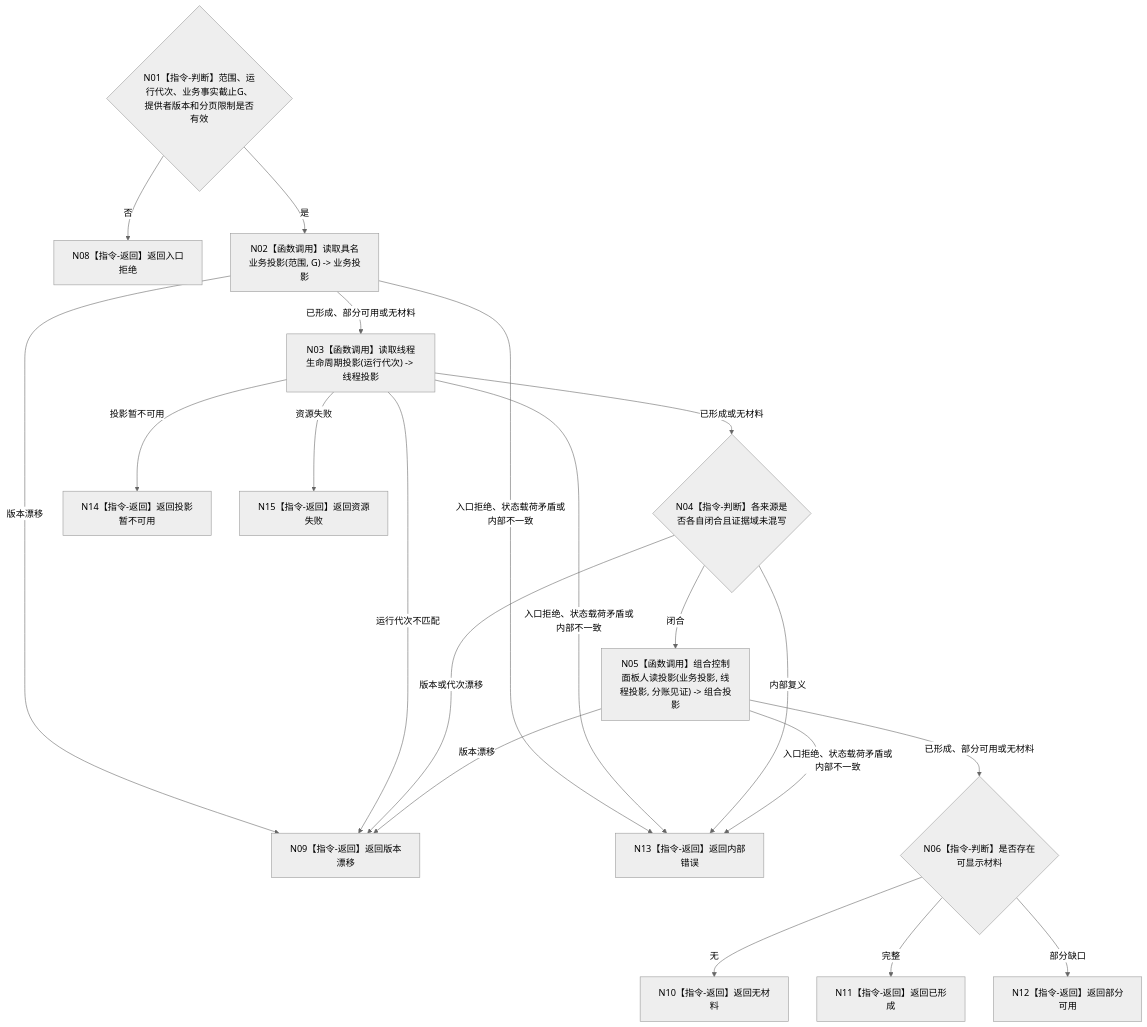
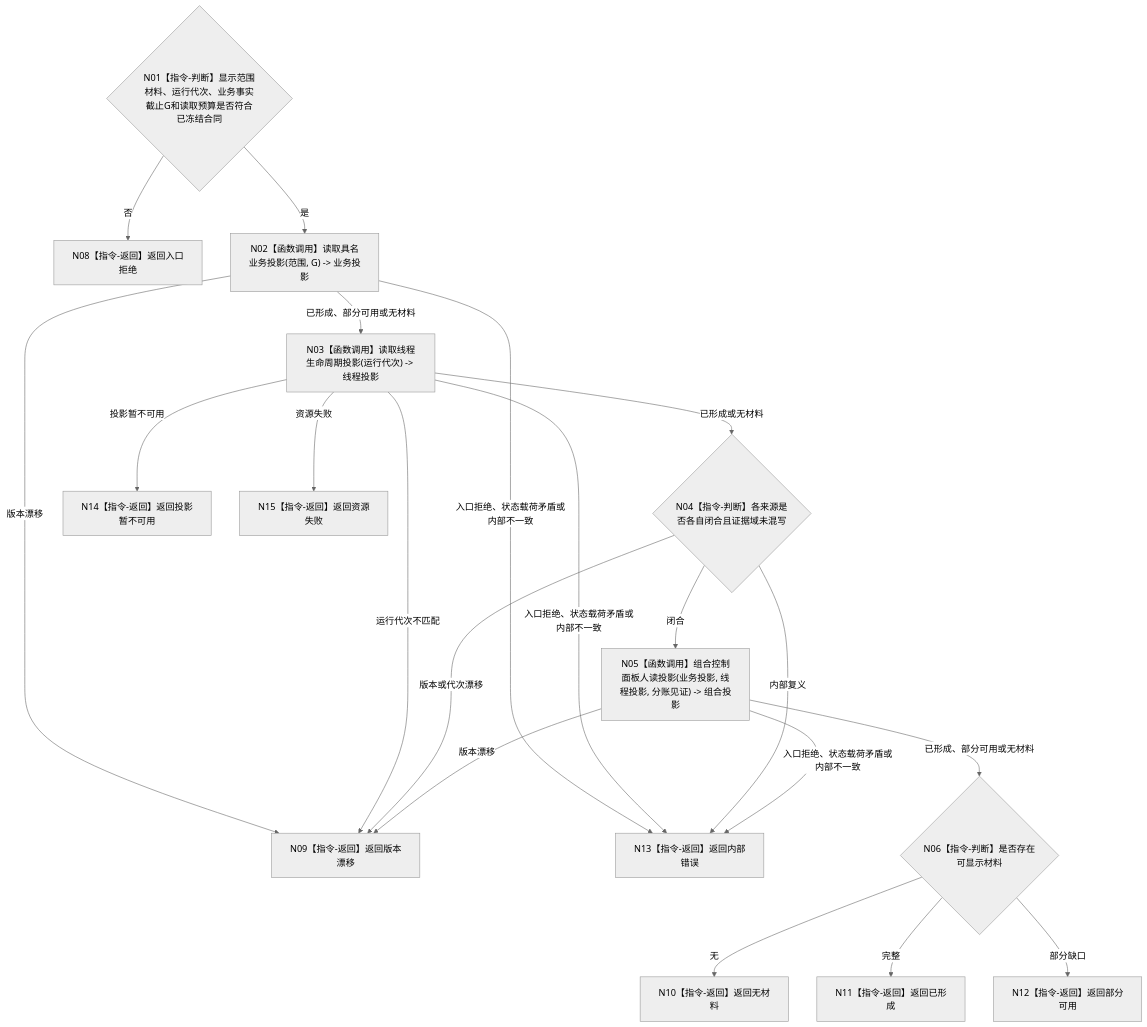
Before and after one commit to chunhaizh-cyber/HY-Ego: the diagram in 流程图/目标业务流程图/L2/BIZ-L2-005-03_读取控制面板只读投影_目标函数流程图_v0.2.md, drawn with Mermaid (neutral theme). The commit also changed other lines of this file and 19 other files, not shown here.

````diff
--- a/流程图/目标业务流程图/L2/BIZ-L2-005-03_读取控制面板只读投影_目标函数流程图_v0.2.md
+++ b/流程图/目标业务流程图/L2/BIZ-L2-005-03_读取控制面板只读投影_目标函数流程图_v0.2.md
@@ -30,22 +30,22 @@
 ```mermaid
 flowchart TD
-    N01{"N01【指令-判断】范围、运行代次、业务事实截止G、提供者版本和分页限制是否有效"} -->|否| N08["N08【指令-返回】返回入口拒绝"]
+    N01{"N01【指令-判断】显示范围材料、运行代次、业务事实截止G和读取预算是否符合已冻结合同"} -->|否| N08["N08【指令-返回】返回入口拒绝"]
     N01 -->|是| N02["N02【函数调用】读取具名业务投影(范围, G) -> 业务投影"]
     N02 -->|已形成、部分可用或无材料| N03["N03【函数调用】读取线程生命周期投影(运行代次) -> 线程投影"]
     N02 -->|版本漂移| N09["N09【指令-返回】返回版本漂移"]
     N02 -->|入口拒绝、状态载荷矛盾或内部不一致| N13["N13【指令-返回】返回内部错误"]
     N03 -->|已形成或无材料| N04{"N04【指令-判断】各来源是否各自闭合且证据域未混写"}
     N03 -->|运行代次不匹配| N09
     N03 -->|投影暂不可用| N14["N14【指令-返回】返回投影暂不可用"]
     N03 -->|资源失败| N15["N15【指令-返回】返回资源失败"]
     N03 -->|入口拒绝、状态载荷矛盾或内部不一致| N13
     N04 -->|版本或代次漂移| N09
     N04 -->|内部复义| N13
     N04 -->|闭合| N05["N05【函数调用】组合控制面板人读投影(业务投影, 线程投影, 分账见证) -> 组合投影"]
     N05 -->|已形成、部分可用或无材料| N06{"N06【指令-判断】是否存在可显示材料"}
     N05 -->|版本漂移| N09
     N05 -->|入口拒绝、状态载荷矛盾或内部不一致| N13
     N06 -->|无| N10["N10【指令-返回】返回无材料"]
     N06 -->|完整| N11["N11【指令-返回】返回已形成"]
     N06 -->|部分缺口| N12["N12【指令-返回】返回部分可用"]
 ```
````
